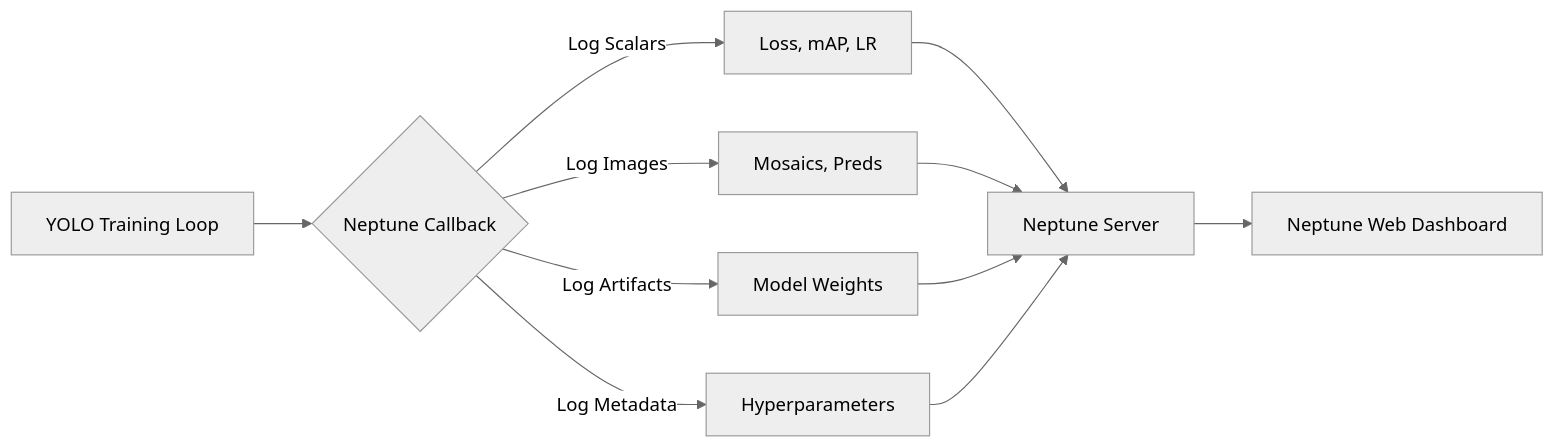
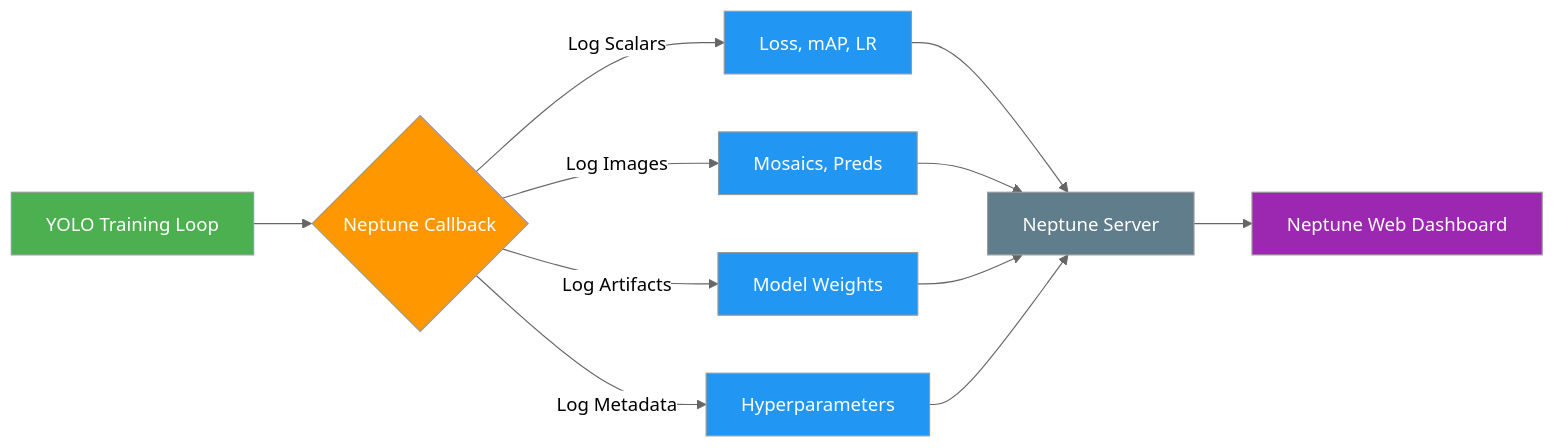
The diagram in docs/en/integrations/neptune.md (medusa717/AI-ULTRALYTICS), drawn with Mermaid (neutral theme) before and after one commit. The commit also changed 18 other files, not shown here.

Commit message:
Standardize Mermaid diagram colors across docs (#24932)

````diff
--- a/docs/en/integrations/neptune.md
+++ b/docs/en/integrations/neptune.md
@@ -112,15 +112,21 @@
 ```mermaid
 graph LR
-    A[YOLO Training Loop] --> B{Neptune Callback}
-    B -->|Log Scalars| C[Loss, mAP, LR]
-    B -->|Log Images| D[Mosaics, Preds]
-    B -->|Log Artifacts| E[Model Weights]
-    B -->|Log Metadata| F[Hyperparameters]
+    A[YOLO Training Loop]:::start --> B{Neptune Callback}:::decide
+    B -->|Log Scalars| C[Loss, mAP, LR]:::proc
+    B -->|Log Images| D[Mosaics, Preds]:::proc
+    B -->|Log Artifacts| E[Model Weights]:::proc
+    B -->|Log Metadata| F[Hyperparameters]:::proc
 
-    C --> G[Neptune Server]
+    C --> G[Neptune Server]:::extern
     D --> G
     E --> G
     F --> G
 
-    G --> H[Neptune Web Dashboard]
+    G --> H[Neptune Web Dashboard]:::out
+
+    classDef start fill:#4CAF50,color:#fff
+    classDef proc fill:#2196F3,color:#fff
+    classDef decide fill:#FF9800,color:#fff
+    classDef out fill:#9C27B0,color:#fff
+    classDef extern fill:#607D8B,color:#fff
 ```
````
